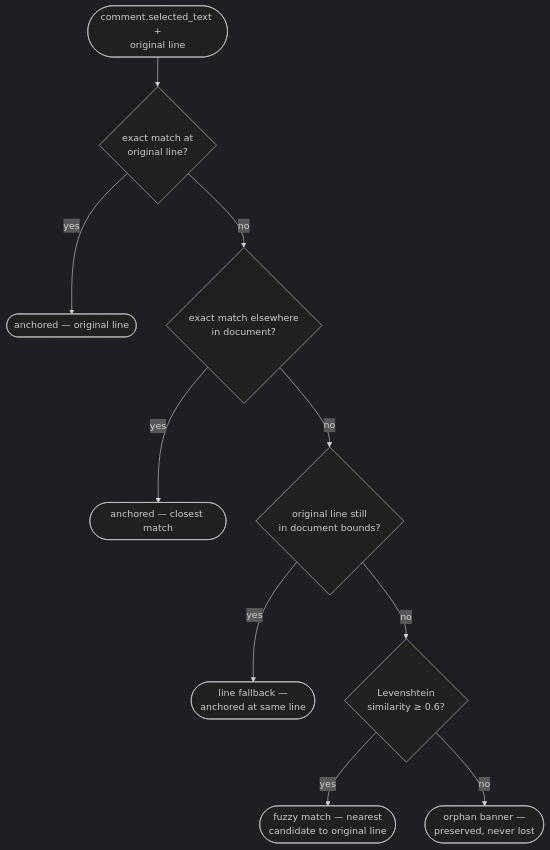
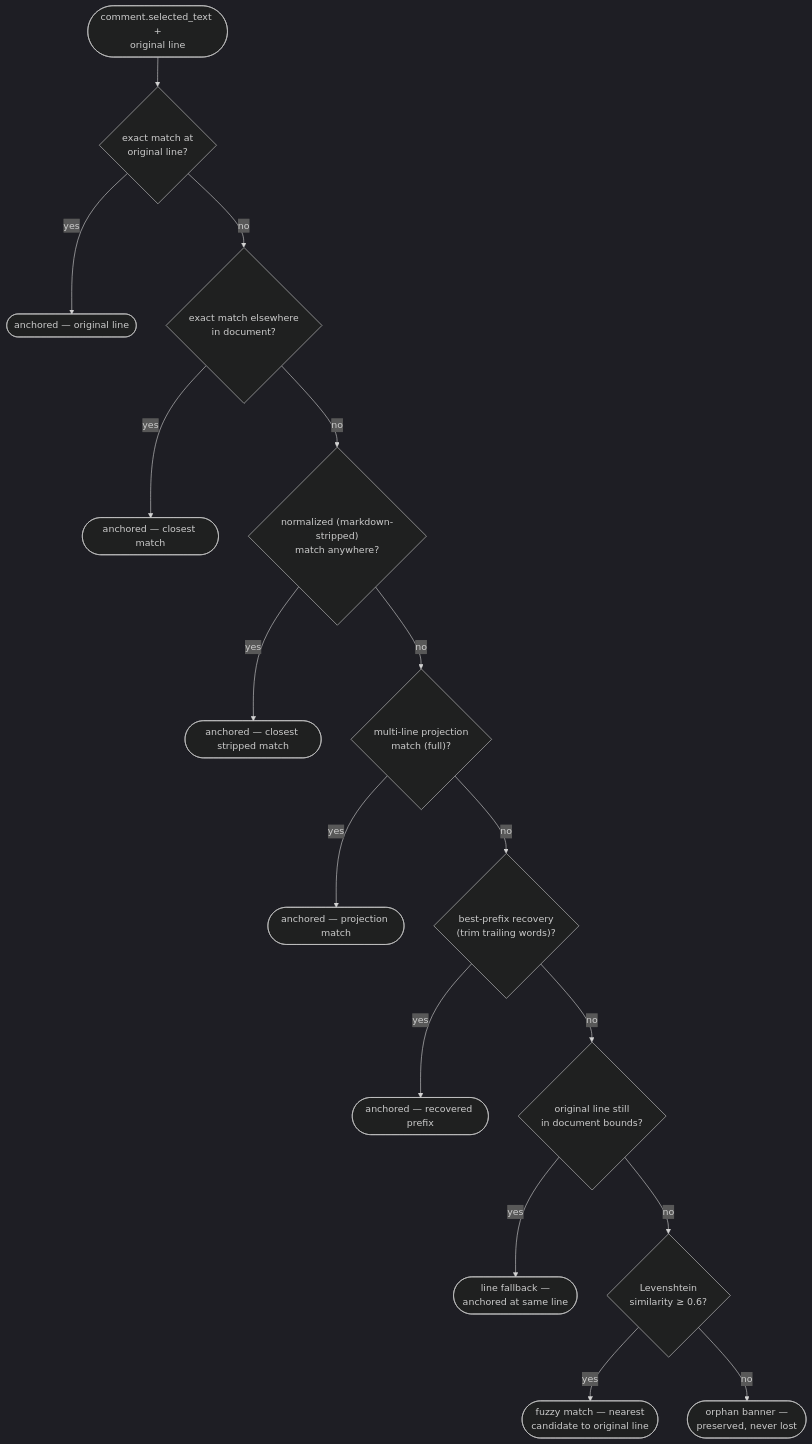
Before and after one commit to dryotta/mDown-reView: the third of 3 diagrams in docs/architecture.md, drawn with Mermaid (dark theme). The commit also changed other lines of this file and 21 other files, not shown here.

````diff
--- a/docs/architecture.md
+++ b/docs/architecture.md
@@ -171,12 +173,18 @@
 ```mermaid
 flowchart TD
     Start(["comment.selected_text +<br/>original line"]) --> S1{"exact match at<br/>original line?"}
     S1 -- "yes" --> A1(["anchored — original line"])
     S1 -- "no" --> S1b{"exact match elsewhere<br/>in document?"}
     S1b -- "yes" --> A2(["anchored — closest match"])
-    S1b -- "no" --> S2{"original line still<br/>in document bounds?"}
+    S1b -- "no" --> S1c{"normalized (markdown-stripped)<br/>match anywhere?"}
+    S1c -- "yes" --> A2b(["anchored — closest stripped match"])
+    S1c -- "no" --> S1d{"multi-line projection<br/>match (full)?"}
+    S1d -- "yes" --> A2c(["anchored — projection match"])
+    S1d -- "no" --> S1e{"best-prefix recovery<br/>(trim trailing words)?"}
+    S1e -- "yes" --> A2d(["anchored — recovered prefix"])
+    S1e -- "no" --> S2{"original line still<br/>in document bounds?"}
     S2 -- "yes" --> A3(["line fallback —<br/>anchored at same line"])
     S2 -- "no" --> S3{"Levenshtein<br/>similarity ≥ 0.6?"}
     S3 -- "yes" --> A4(["fuzzy match — nearest<br/>candidate to original line"])
     S3 -- "no" --> Orphan(["orphan banner —<br/>preserved, never lost"])
 ```
````
